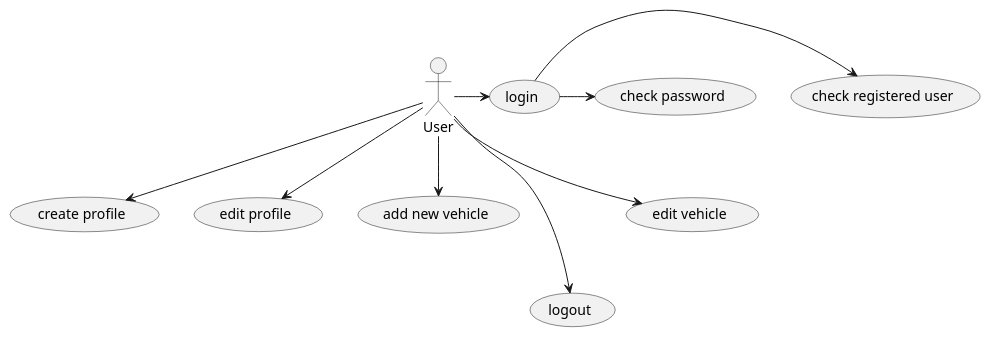
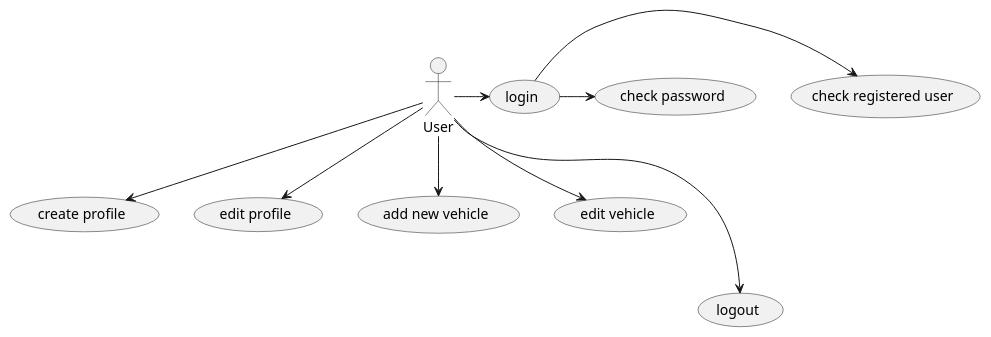
One commit to vsmro/checkyourcar changed the diagram in use_case.puml. Above: the diagram before and after it, drawn with PlantUML. The commit also changed other lines of this file, not shown here.

```diff
--- a/use_case.puml
+++ b/use_case.puml
@@ -1,13 +1,13 @@
 @startuml
 actor User
 User->(login)
 (login)->(check registered user)
 (login)->(check password)
 User-->(create profile)
 User-->(edit profile)
 User-->(add new vehicle)
+User-->(edit vehicle)
+User--->(logout)
 
-User--->(logout)
-User-->(edit vehicle)
 
 @enduml
```
